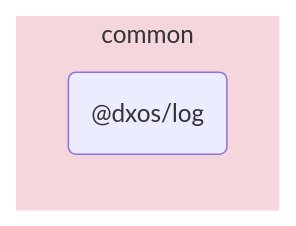
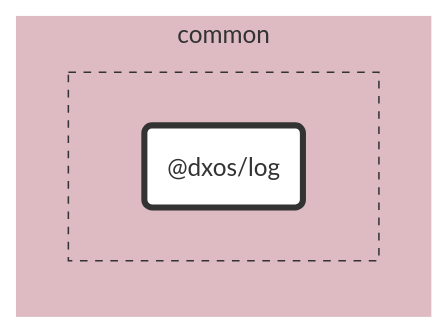
The diagram in packages/common/log/docs/README.md (dxos/dxos), drawn with Mermaid before and after one commit. The commit also changed other lines of this file and 89 other files, not shown here.

````diff
--- a/packages/common/log/docs/README.md
+++ b/packages/common/log/docs/README.md
@@ -5,9 +7,30 @@
 ```mermaid
-flowchart LR;
+%%{ init: {'flowchart':{'curve':'basis'}} }%%
 
+flowchart LR
+
+%% Links
+
+%% Sections
 subgraph common
-  style common fill:#f5d6dd,stroke:#fff;
-  dxos/log("@dxos/log");
+  style common fill:#debac2,stroke:#fff;
+
+
+  subgraph common-excluded [ ]
+    style common-excluded fill:#debac2,stroke:#333,stroke-dasharray:5 5;
+
+    dxos/log("@dxos/log")
+  end
 end
 
+
+%% Hyperlinks
+
+%% Styles
+classDef rootNode fill:#fff,stroke:#333,stroke-width:4px
+classDef defaultNode fill:#fff,stroke:#333,stroke-width:1px
+linkStyle default stroke:#333,stroke-width:1px
+
+dxos/log:::rootNode
+
 ```
````
